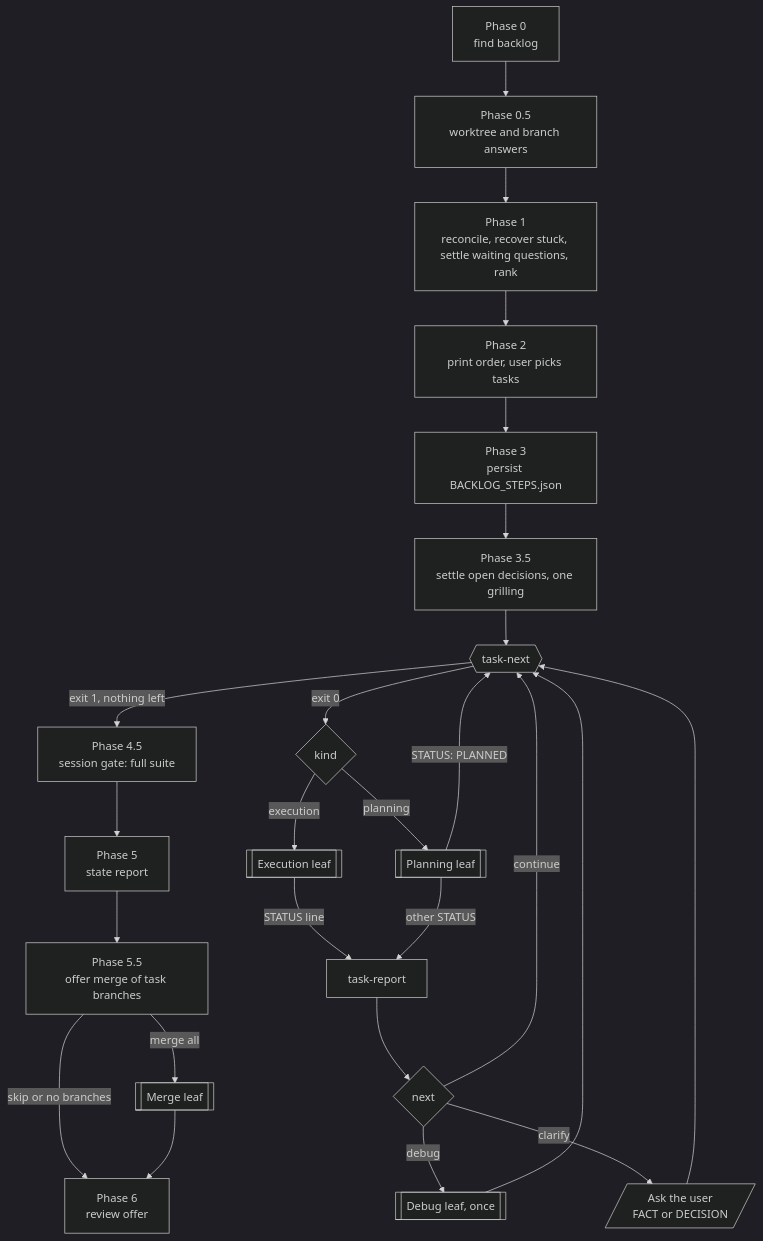
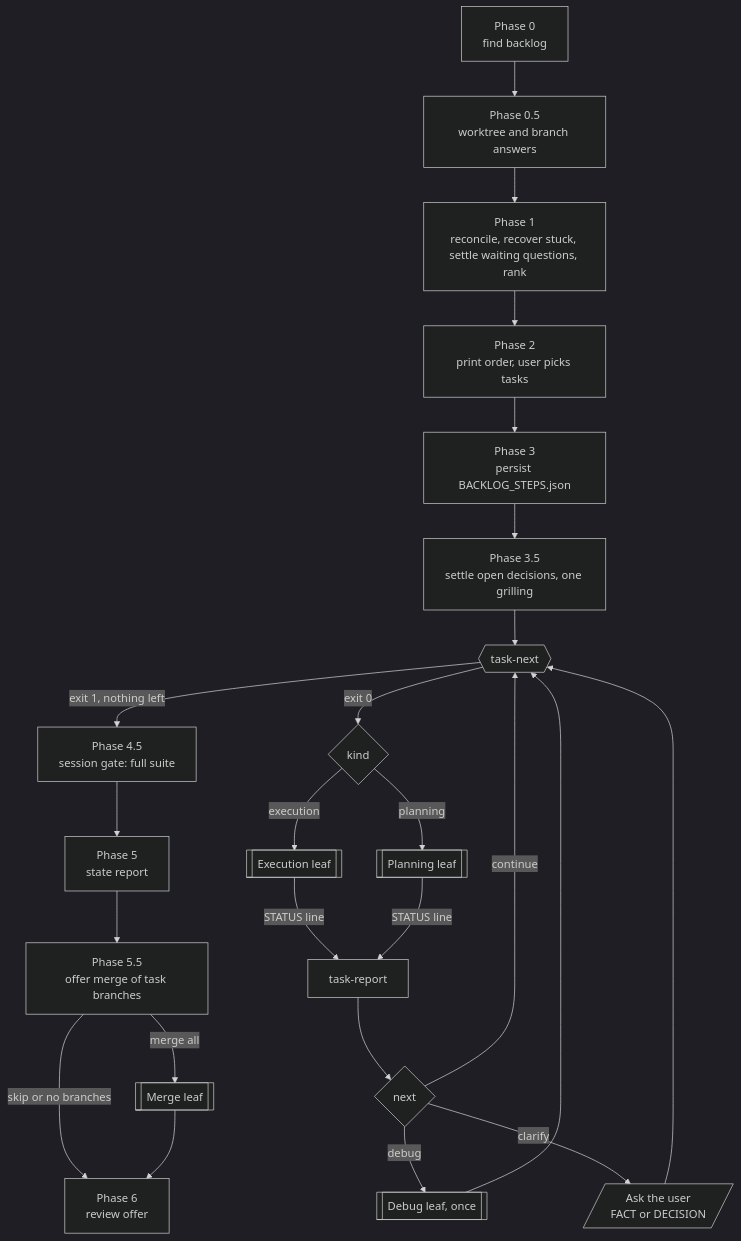
The diagram in docs/lifecycle/router-loop.mmd (shortcuts/radin), drawn with Mermaid (dark theme) before and after one commit. The commit also changed 5 other files, not shown here.

First line of the commit message:
feat: task-report records the planning leaf's PLANNED sizing

```diff
--- a/docs/lifecycle/router-loop.mmd
+++ b/docs/lifecycle/router-loop.mmd
@@ -1,25 +1,24 @@
 flowchart TD
   p0[Phase 0<br/>find backlog] --> p05[Phase 0.5<br/>worktree and branch answers]
   p05 --> p1[Phase 1<br/>reconcile, recover stuck, settle waiting questions, rank]
   p1 --> p2[Phase 2<br/>print order, user picks tasks]
   p2 --> p3[Phase 3<br/>persist BACKLOG_STEPS.json]
   p3 --> p35[Phase 3.5<br/>settle open decisions, one grilling]
   p35 --> next{{task-next}}
   next -- exit 1, nothing left --> p45[Phase 4.5<br/>session gate: full suite]
   next -- exit 0 --> kind{kind}
   kind -- planning --> leafP[[Planning leaf]]
   kind -- execution --> leafE[[Execution leaf]]
-  leafP -- STATUS: PLANNED --> next
   leafE -- STATUS line --> report[task-report]
-  leafP -- other STATUS --> report
+  leafP -- STATUS line --> report
   report --> route{next}
   route -- continue --> next
   route -- debug --> debug[[Debug leaf, once]]
   debug --> next
   route -- clarify --> user[/Ask the user<br/>FACT or DECISION/]
   user --> next
   p45 --> p5[Phase 5<br/>state report]
   p5 --> p55[Phase 5.5<br/>offer merge of task branches]
   p55 -- merge all --> leafM[[Merge leaf]]
   p55 -- skip or no branches --> p6
   leafM --> p6[Phase 6<br/>review offer]
```
